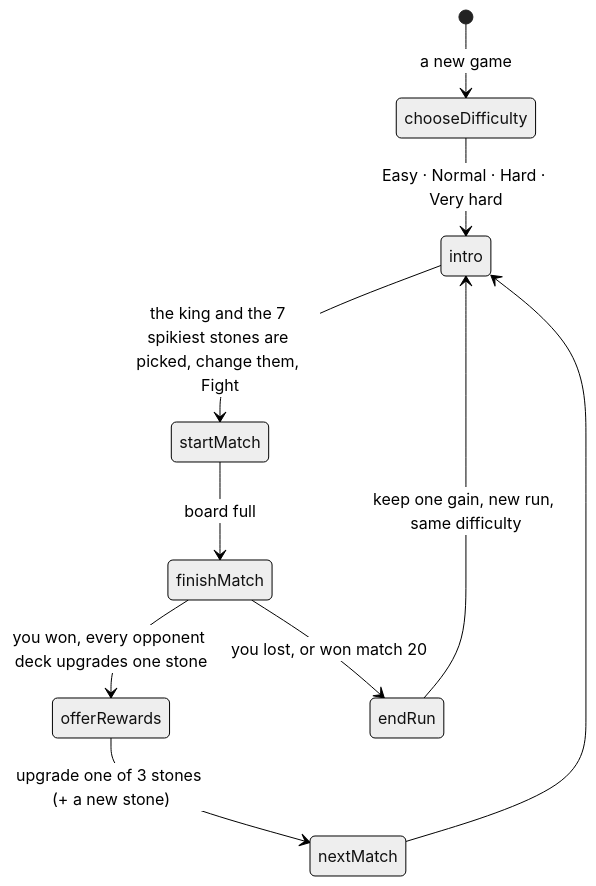
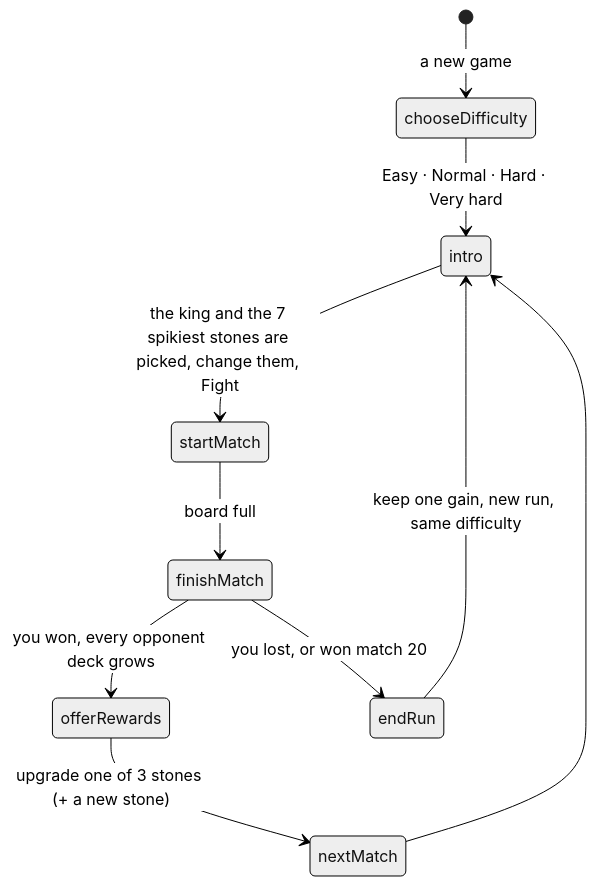
One commit to louisvandenbruwaene/rook-like changed the eighth of 8 diagrams in README.md. Above: the diagram before and after it, drawn with Mermaid (neutral theme). The commit also changed other lines of this file and 3 other files, not shown here.

````diff
--- a/README.md
+++ b/README.md
@@ -272,12 +272,12 @@
 ```mermaid
 stateDiagram-v2
     [*] --> chooseDifficulty : a new game
     chooseDifficulty --> intro : Easy · Normal · Hard · Very hard
     intro --> startMatch : the king and the 7 spikiest stones are picked, change them, Fight
     startMatch --> finishMatch : board full
-    finishMatch --> offerRewards : you won, every opponent deck upgrades one stone
+    finishMatch --> offerRewards : you won, every opponent deck grows
     offerRewards --> nextMatch : upgrade one of 3 stones (+ a new stone)
     nextMatch --> intro
     finishMatch --> endRun : you lost, or won match 20
     endRun --> intro : keep one gain, new run, same difficulty
 ```
````
